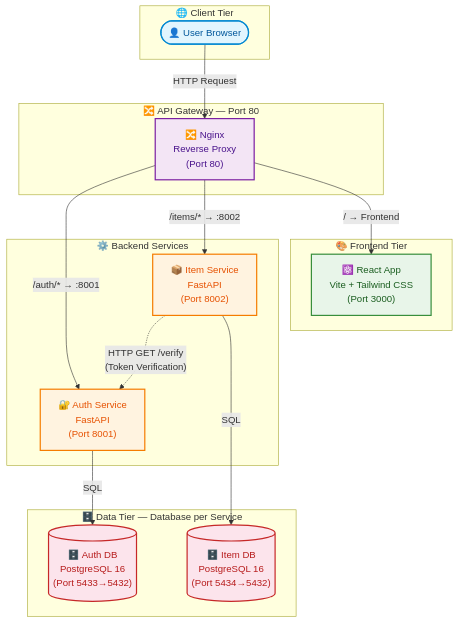
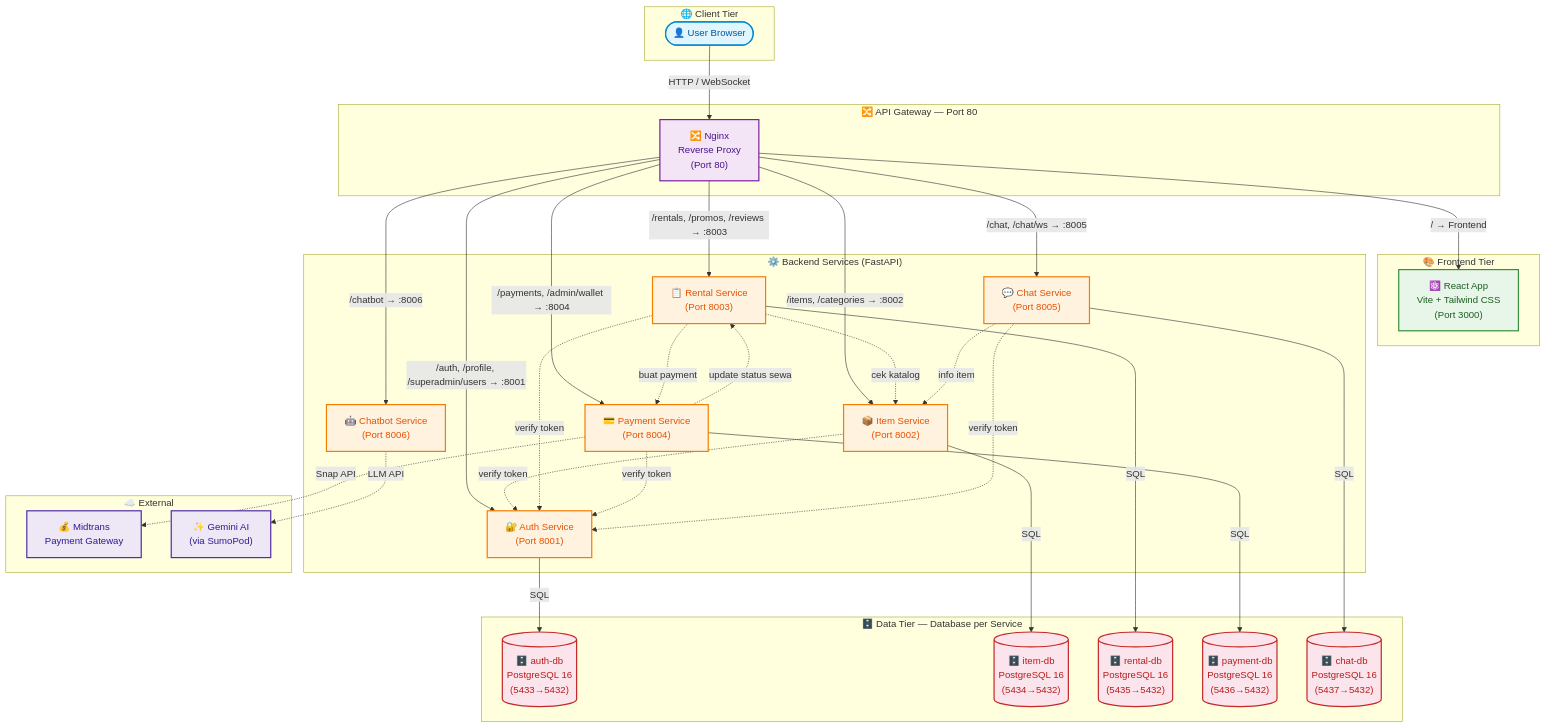
Before and after one commit to aidilsaputrakirsan-classroom/cc-kelompok-harahetta-2: the first of 4 diagrams in README.md, drawn with Mermaid. The commit also changed other lines of this file, not shown here.

First line of the commit message:
Revise developer profiles and architecture overview

````diff
--- a/README.md
+++ b/README.md
@@ -167,46 +178,77 @@
 ```mermaid
 graph TB
     subgraph CLIENT["🌐 Client Tier"]
         User([👤 User Browser])
     end
 
     subgraph GATEWAY_TIER["🔀 API Gateway — Port 80"]
         Gateway["🔀 Nginx\nReverse Proxy\n(Port 80)"]
     end
 
     subgraph FRONTEND_TIER["🎨 Frontend Tier"]
         Frontend["⚛️ React App\nVite + Tailwind CSS\n(Port 3000)"]
     end
 
-    subgraph BACKEND_TIER["⚙️ Backend Services"]
-        AuthService["🔐 Auth Service\nFastAPI\n(Port 8001)"]
-        ItemService["📦 Item Service\nFastAPI\n(Port 8002)"]
+    subgraph BACKEND_TIER["⚙️ Backend Services (FastAPI)"]
+        AuthService["🔐 Auth Service\n(Port 8001)"]
+        ItemService["📦 Item Service\n(Port 8002)"]
+        RentalService["📋 Rental Service\n(Port 8003)"]
+        PaymentService["💳 Payment Service\n(Port 8004)"]
+        ChatService["💬 Chat Service\n(Port 8005)"]
+        ChatbotService["🤖 Chatbot Service\n(Port 8006)"]
     end
 
     subgraph DATA_TIER["🗄️ Data Tier — Database per Service"]
-        AuthDB[("🗄️ Auth DB\nPostgreSQL 16\n(Port 5433→5432)")]
-        ItemDB[("🗄️ Item DB\nPostgreSQL 16\n(Port 5434→5432)")]
+        AuthDB[("🗄️ auth-db\nPostgreSQL 16\n(5433→5432)")]
+        ItemDB[("🗄️ item-db\nPostgreSQL 16\n(5434→5432)")]
+        RentalDB[("🗄️ rental-db\nPostgreSQL 16\n(5435→5432)")]
+        PaymentDB[("🗄️ payment-db\nPostgreSQL 16\n(5436→5432)")]
+        ChatDB[("🗄️ chat-db\nPostgreSQL 16\n(5437→5432)")]
     end
 
-    User -->|"HTTP Request"| Gateway
+    subgraph EXTERNAL["☁️ External"]
+        Midtrans["💰 Midtrans\nPayment Gateway"]
+        Gemini["✨ Gemini AI\n(via SumoPod)"]
+    end
+
+    User -->|"HTTP / WebSocket"| Gateway
     Gateway -->|"/ → Frontend"| Frontend
-    Gateway -->|"/auth/* → :8001"| AuthService
-    Gateway -->|"/items/* → :8002"| ItemService
+    Gateway -->|"/auth, /profile, /superadmin/users → :8001"| AuthService
+    Gateway -->|"/items, /categories → :8002"| ItemService
+    Gateway -->|"/rentals, /promos, /reviews → :8003"| RentalService
+    Gateway -->|"/payments, /admin/wallet → :8004"| PaymentService
+    Gateway -->|"/chat, /chat/ws → :8005"| ChatService
+    Gateway -->|"/chatbot → :8006"| ChatbotService
 
     AuthService -->|"SQL"| AuthDB
     ItemService -->|"SQL"| ItemDB
+    RentalService -->|"SQL"| RentalDB
+    PaymentService -->|"SQL"| PaymentDB
+    ChatService -->|"SQL"| ChatDB
 
-    ItemService -.->|"HTTP GET /verify\n(Token Verification)"| AuthService
+    ItemService -.->|"verify token"| AuthService
+    RentalService -.->|"verify token"| AuthService
+    RentalService -.->|"cek katalog"| ItemService
+    RentalService -.->|"buat payment"| PaymentService
+    PaymentService -.->|"verify token"| AuthService
+    PaymentService -.->|"update status sewa"| RentalService
+    ChatService -.->|"verify token"| AuthService
+    ChatService -.->|"info item"| ItemService
+
+    PaymentService -.->|"Snap API"| Midtrans
+    ChatbotService -.->|"LLM API"| Gemini
 
     classDef client fill:#e1f5fe,stroke:#0288d1,stroke-width:2px,color:#01579b
     classDef gateway fill:#f3e5f5,stroke:#7b1fa2,stroke-width:2px,color:#4a148c
     classDef frontend fill:#e8f5e9,stroke:#388e3c,stroke-width:2px,color:#1b5e20
     classDef service fill:#fff3e0,stroke:#f57c00,stroke-width:2px,color:#e65100
     classDef db fill:#fce4ec,stroke:#c62828,stroke-width:2px,color:#b71c1c
+    classDef ext fill:#ede7f6,stroke:#512da8,stroke-width:2px,color:#311b92
 
     class User client
     class Gateway gateway
     class Frontend frontend
-    class AuthService,ItemService service
-    class AuthDB,ItemDB db
+    class AuthService,ItemService,RentalService,PaymentService,ChatService,ChatbotService service
+    class AuthDB,ItemDB,RentalDB,PaymentDB,ChatDB db
+    class Midtrans,Gemini ext
 ```
````
